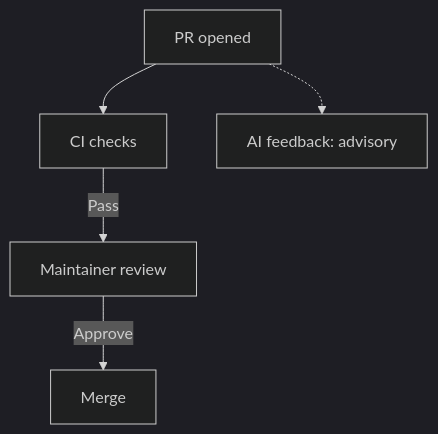
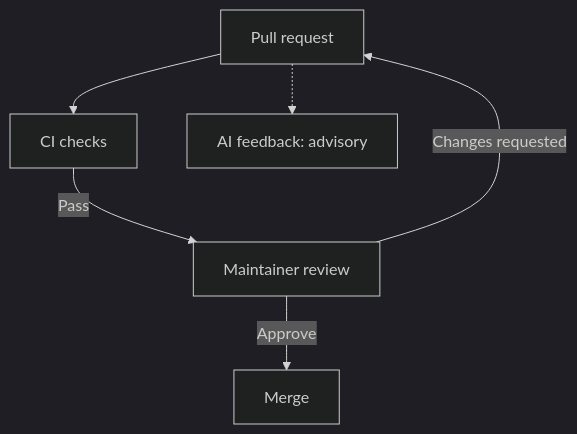
The diagram in docs/docs/repo-ops/code-review.md (caipe-io/ai-platform-engineering), drawn with Mermaid (dark theme) before and after one commit. The commit also changed other lines of this file, not shown here.

````diff
--- a/docs/docs/repo-ops/code-review.md
+++ b/docs/docs/repo-ops/code-review.md
@@ -24,7 +24,8 @@
 ```mermaid
 flowchart TD
-    PR[PR opened] --> CI[CI checks]
+    PR[Pull request] --> CI[CI checks]
     CI -->|Pass| HUMAN[Maintainer review]
     PR -.-> AI[AI feedback: advisory]
     HUMAN -->|Approve| MERGE[Merge]
+    HUMAN -->|Changes requested| PR
 ```
````
